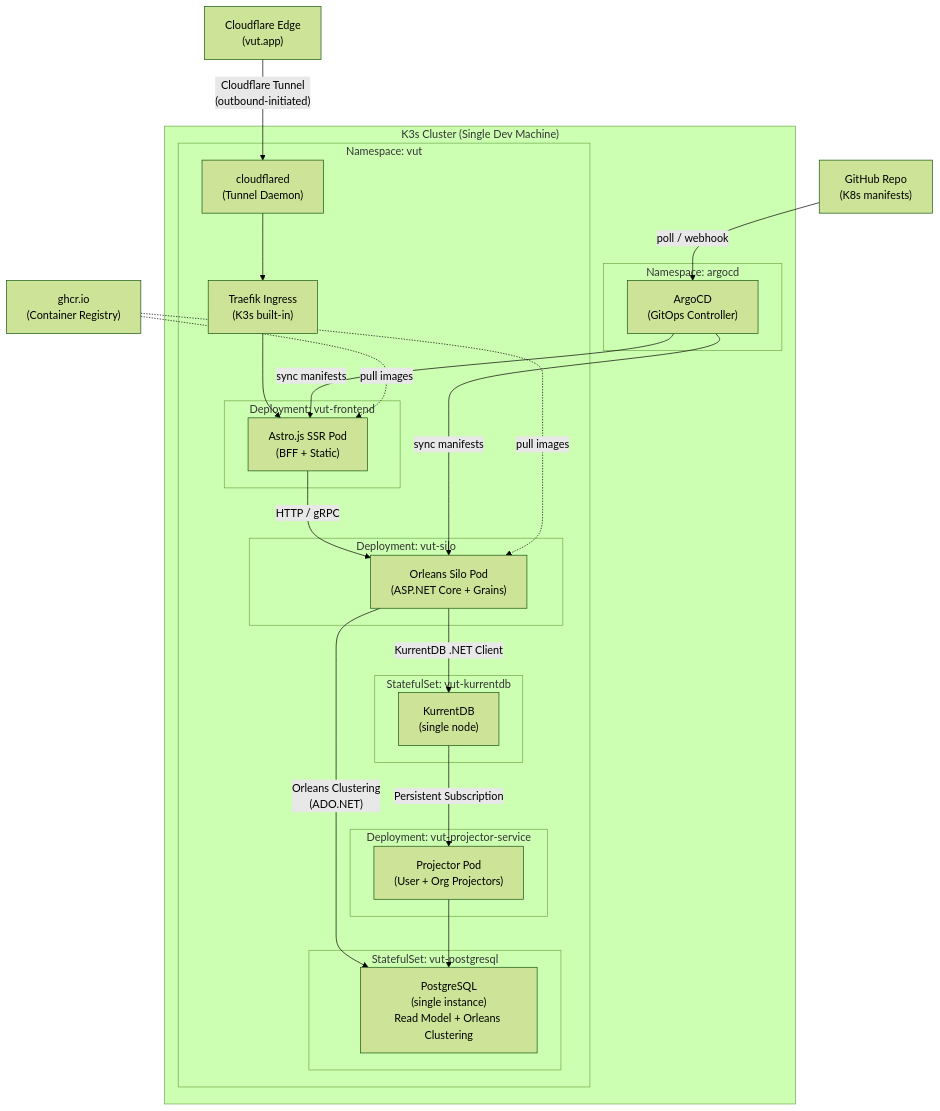
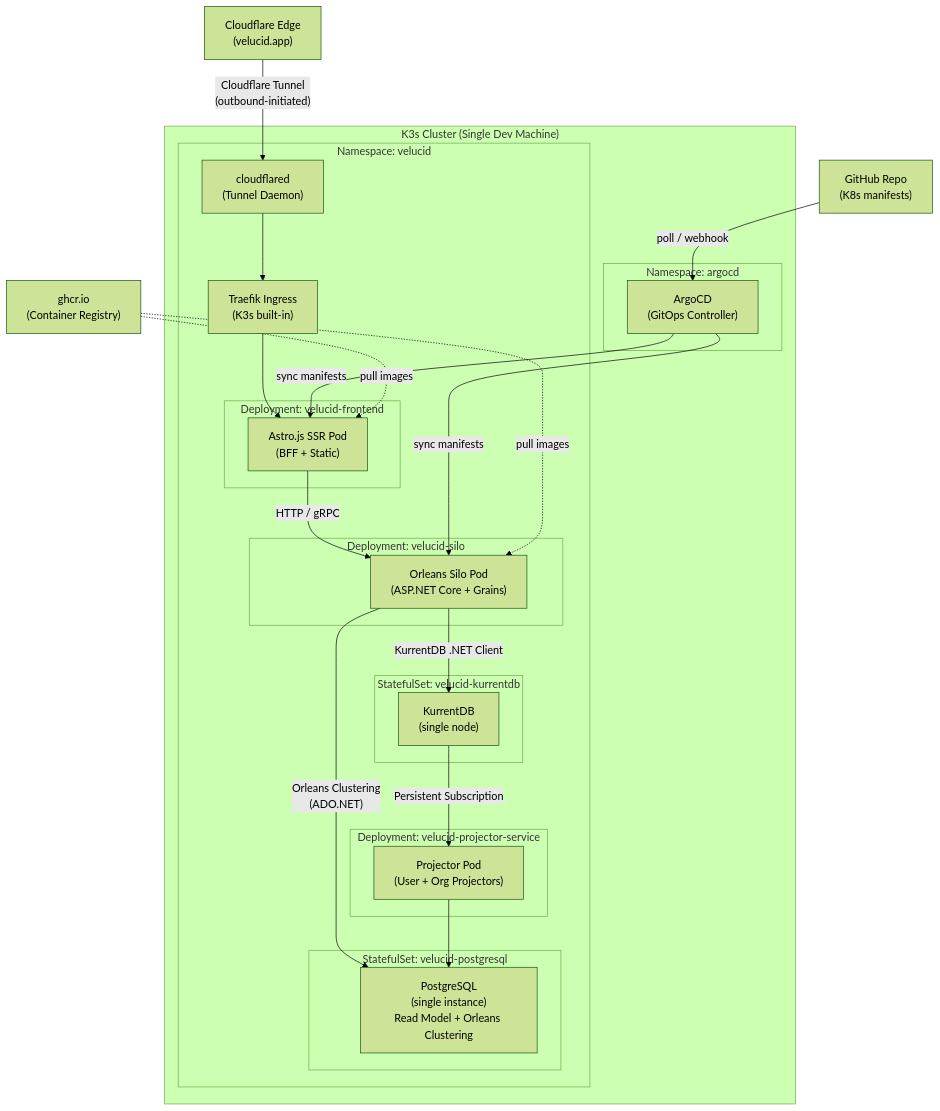
One commit to lekhasy/Vut changed the second of 23 diagrams in epics/01-epic-first-signin-org/architecture/architecture.md. Above: the diagram before and after it, drawn with Mermaid (forest theme). The commit also changed other lines of this file and 154 other files, not shown here.

````diff
--- a/epics/01-epic-first-signin-org/architecture/architecture.md
+++ b/epics/01-epic-first-signin-org/architecture/architecture.md
@@ -127,51 +127,51 @@
 ```mermaid
 graph TB
-    CF["Cloudflare Edge<br/>(vut.app)"]
+    CF["Cloudflare Edge<br/>(velucid.app)"]
     GHCR["ghcr.io<br/>(Container Registry)"]
     GH["GitHub Repo<br/>(K8s manifests)"]
 
     subgraph "K3s Cluster (Single Dev Machine)"
         subgraph "Namespace: argocd"
             ARGO["ArgoCD<br/>(GitOps Controller)"]
         end
 
-        subgraph "Namespace: vut"
+        subgraph "Namespace: velucid"
             CFD["cloudflared<br/>(Tunnel Daemon)"]
             ING["Traefik Ingress<br/>(K3s built-in)"]
 
-            subgraph "Deployment: vut-frontend"
+            subgraph "Deployment: velucid-frontend"
                 FE["Astro.js SSR Pod<br/>(BFF + Static)"]
             end
 
-            subgraph "Deployment: vut-silo"
+            subgraph "Deployment: velucid-silo"
                 SL["Orleans Silo Pod<br/>(ASP.NET Core + Grains)"]
             end
 
-            subgraph "Deployment: vut-projector-service"
+            subgraph "Deployment: velucid-projector-service"
                 PS["Projector Pod<br/>(User + Org Projectors)"]
             end
 
-            subgraph "StatefulSet: vut-kurrentdb"
+            subgraph "StatefulSet: velucid-kurrentdb"
                 KDB["KurrentDB<br/>(single node)"]
             end
 
-            subgraph "StatefulSet: vut-postgresql"
+            subgraph "StatefulSet: velucid-postgresql"
                 PG["PostgreSQL<br/>(single instance)<br/>Read Model + Orleans Clustering"]
             end
         end
     end
 
     CF -->|"Cloudflare Tunnel<br/>(outbound-initiated)"| CFD
     CFD --> ING
     ING --> FE
     FE -->|HTTP / gRPC| SL
     SL -->|"Orleans Clustering<br/>(ADO.NET)"| PG
     SL -->|"KurrentDB .NET Client"| KDB
     KDB -->|"Persistent Subscription"| PS
     PS --> PG
     GH -->|"poll / webhook"| ARGO
     ARGO -->|"sync manifests"| SL
     ARGO -->|"sync manifests"| FE
     GHCR -.->|"pull images"| SL
     GHCR -.->|"pull images"| FE
 ```
````
